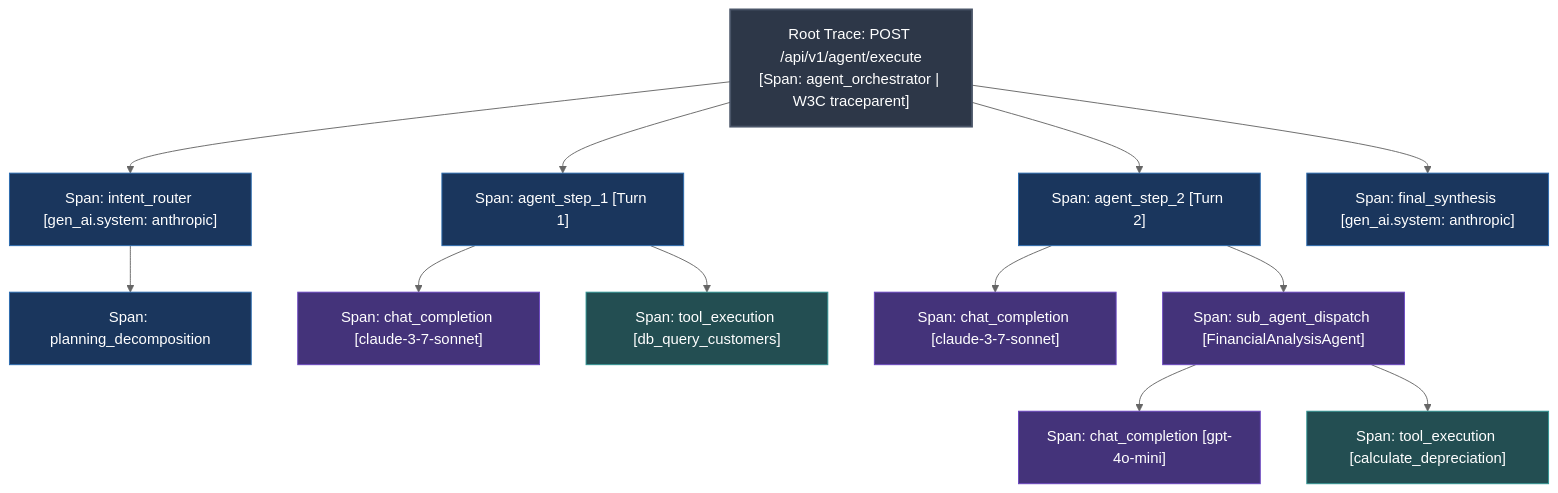
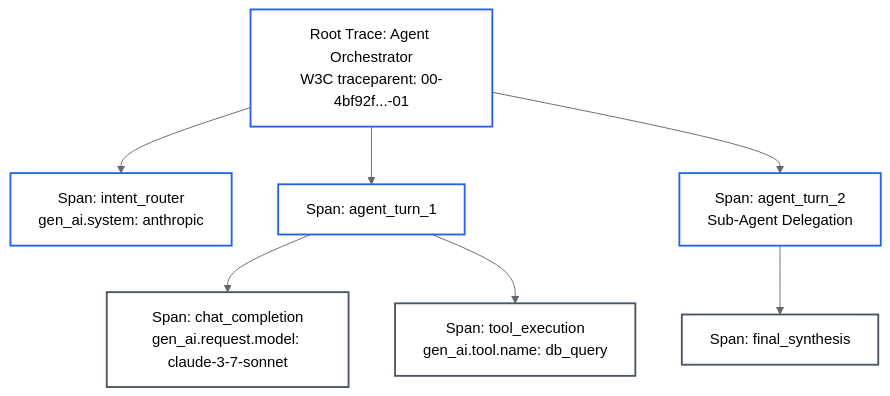
The first of 2 diagrams in 06-evals-and-observability/05-opentelemetry-distributed-tracing-and-agent-spans.md (dip4k/senior-engineer-to-ai-engineer-roadmap), drawn with Mermaid (neutral theme) before and after one commit. The commit also changed other lines of this file and 10 other files, not shown here.

````diff
--- a/06-evals-and-observability/05-opentelemetry-distributed-tracing-and-agent-spans.md
+++ b/06-evals-and-observability/05-opentelemetry-distributed-tracing-and-agent-spans.md
@@ -52,29 +55,15 @@
 ```mermaid
 flowchart TD
-    Root["Root Trace: POST /api/v1/agent/execute<br/>[Span: agent_orchestrator | W3C traceparent]"]
+    Root["Root Trace: Agent Orchestrator<br/>W3C traceparent: 00-4bf92f...-01"] --> Router["Span: intent_router<br/>gen_ai.system: anthropic"]
+    Root --> Turn1["Span: agent_turn_1"]
     
-    Root --> Router["Span: intent_router [gen_ai.system: anthropic]"]
-    Router --> Plan["Span: planning_decomposition"]
+    Turn1 --> LLM1["Span: chat_completion<br/>gen_ai.request.model: claude-3-7-sonnet"]
+    Turn1 --> Tool1["Span: tool_execution<br/>gen_ai.tool.name: db_query"]
     
-    Root --> Step1["Span: agent_step_1 [Turn 1]"]
-    Step1 --> LLM1["Span: chat_completion [claude-3-7-sonnet]"]
-    Step1 --> Tool1["Span: tool_execution [db_query_customers]"]
-    
-    Root --> Step2["Span: agent_step_2 [Turn 2]"]
-    Step2 --> LLM2["Span: chat_completion [claude-3-7-sonnet]"]
-    Step2 --> SubAgent["Span: sub_agent_dispatch [FinancialAnalysisAgent]"]
-    SubAgent --> SubLLM["Span: chat_completion [gpt-4o-mini]"]
-    SubAgent --> Tool2["Span: tool_execution [calculate_depreciation]"]
-    
-    Root --> Synthesize["Span: final_synthesis [gen_ai.system: anthropic]"]
-    
-    classDef rootStyle fill:#2d3748,stroke:#4a5568,color:#fff,stroke-width:2px;
-    classDef spanStyle fill:#1a365d,stroke:#2b6cb0,color:#fff;
-    classDef toolStyle fill:#234e52,stroke:#319795,color:#fff;
-    classDef llmStyle fill:#44337a,stroke:#6b46c1,color:#fff;
-    
-    class Root rootStyle;
-    class Router,Plan,Step1,Step2,Synthesize spanStyle;
-    class Tool1,Tool2 toolStyle;
-    class LLM1,LLM2,SubAgent,SubLLM llmStyle;
+    Root --> Turn2["Span: agent_turn_2<br/>Sub-Agent Delegation"]
+    Turn2 --> Synth["Span: final_synthesis"]
+
+    classDef default stroke:#4b5563,stroke-width:2px,fill:none;
+    classDef span stroke:#2563eb,stroke-width:2px,fill:none;
+    class Root,Router,Turn1,Turn2 span;
 ```
````
